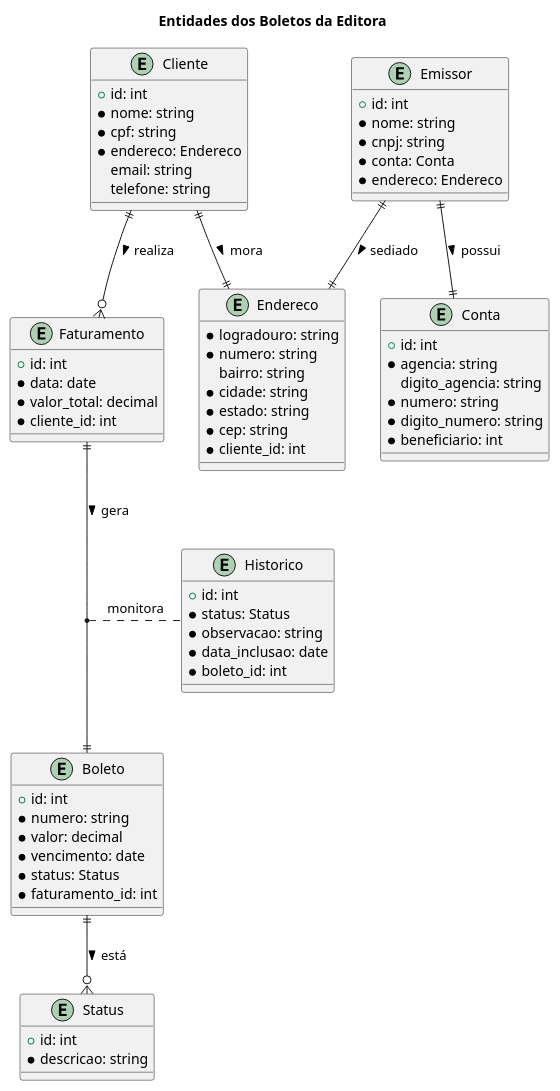
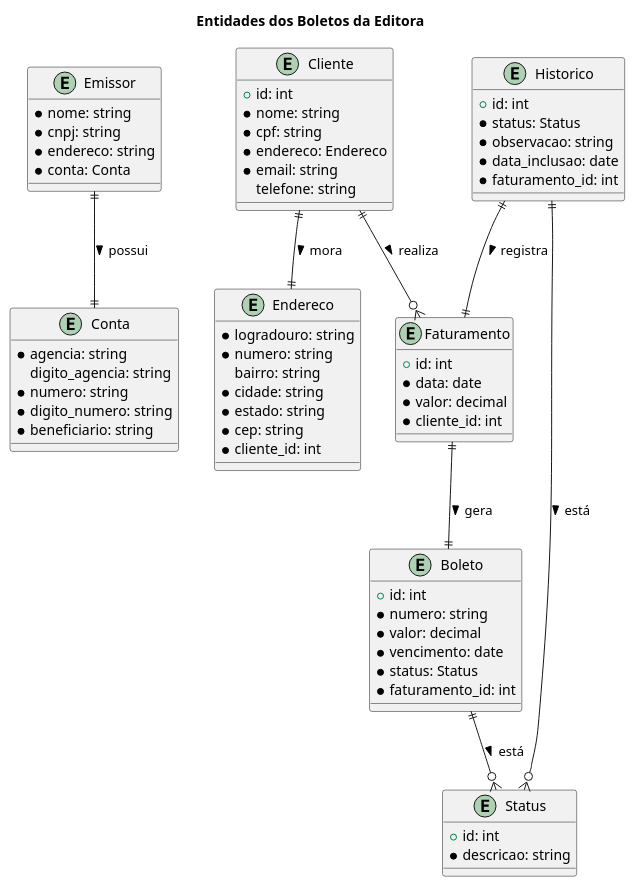
The diagram in docs/Entidades.puml (samoryfiotec/Editora), drawn with PlantUML before and after one commit. The commit also changed 6 other files, not shown here.

Commit message:
Refactor JSON structure in Entidade_Emissor and update entity definitions in Entidades; add sequence diagram for boleto generation

```diff
--- a/docs/Entidades.puml
+++ b/docs/Entidades.puml
@@ -1,79 +1,75 @@
 @startuml Entidades
-' Definição das entidades do sistema de boletos
 title Entidades dos Boletos da Editora
 
 entity Emissor {
-    +id: int
     *nome: string
     *cnpj: string
-    *conta: Conta
-    *endereco: Endereco
+    *endereco: string
+    *conta: Conta    
 }
 
 entity Cliente {
     +id: int
     *nome: string
     *cpf: string
     *endereco: Endereco        
-    email: string
+    *email: string
     telefone: string
 }
 
 entity Faturamento {
     +id: int
     *data: date
-    *valor_total: decimal
+    *valor: decimal
     *cliente_id: int
 }
 
 entity Boleto {
     +id: int
     *numero: string
     *valor: decimal
     *vencimento: date
     *status: Status
     *faturamento_id: int
 }
 
 entity Historico {
     +id: int
     *status: Status
     *observacao: string
     *data_inclusao: date
-    *boleto_id: int
+    *faturamento_id: int
 }
 
 entity Endereco {
     *logradouro: string
     *numero: string
     bairro: string
     *cidade: string
     *estado: string
     *cep: string
     *cliente_id: int
 }
 
 entity Conta {
-    +id: int
     *agencia: string
     digito_agencia: string
     *numero: string
     *digito_numero: string
-    *beneficiario: int
+    *beneficiario: string
 }
 
 entity Status {
     +id: int
     *descricao: string
 }
 
 Emissor ||--|| Conta : possui >
-Emissor ||--|| Endereco : sediado >
 Cliente ||--|| Endereco : mora >
 Cliente ||--o{ Faturamento : realiza >
 Faturamento ||--|| Boleto : gera >
 Boleto ||--o{ Status : está >
-'Historico||--o{ Status : está >
-(Faturamento, Boleto) . Historico : monitora
+Historico ||--|| Faturamento : registra >
+Historico||--o{ Status : está >
 
 @enduml
```
